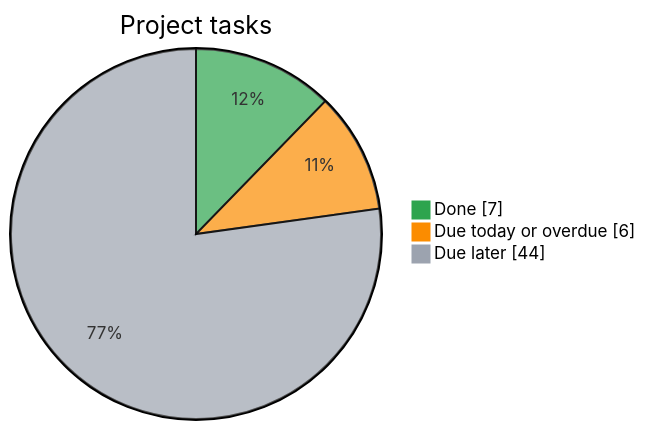
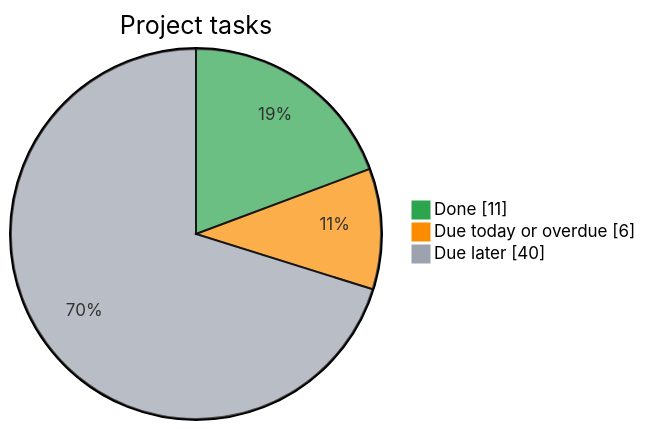
The diagram in README.md (Kr1sKros/IKT466-Corporate-Bankruptcy-Predictor), drawn with Mermaid before and after one commit. The commit also changed other lines of this file, not shown here.

Commit message:
docs: refresh task dashboard

````diff
--- a/README.md
+++ b/README.md
@@ -8,8 +8,8 @@
 ```mermaid
 %%{init: {"themeVariables": {"pie1": "#2da44e", "pie2": "#fb8c00", "pie3": "#9ca3af"}}}%%
 pie showData
     title Project tasks
-    "Done" : 7
+    "Done" : 11
     "Due today or overdue" : 6
-    "Due later" : 44
+    "Due later" : 40
 ```
````
